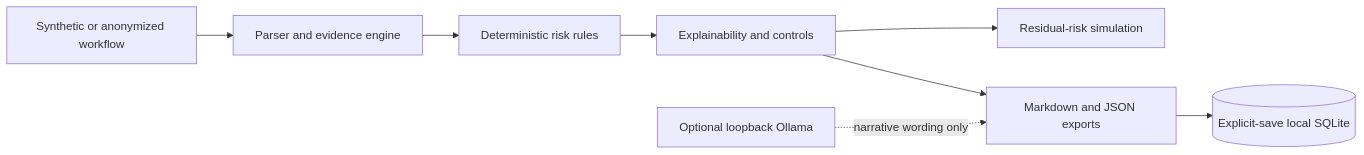
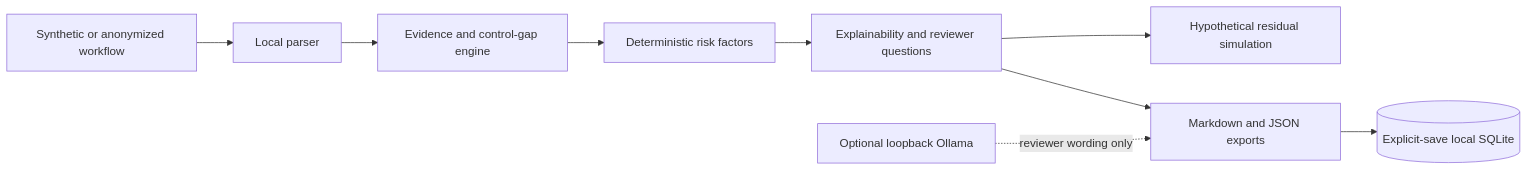
Before and after one commit to GhostInTheShell-444/ai-workflow-risk-auditor-pro-public: the diagram in README.md, drawn with Mermaid. The commit also changed other lines of this file and 66 other files, not shown here.

````diff
--- a/README.md
+++ b/README.md
@@ -152,10 +212,11 @@
 ```mermaid
 flowchart LR
-    A[Synthetic or anonymized workflow] --> B[Parser and evidence engine]
-    B --> C[Deterministic risk rules]
-    C --> D[Explainability and controls]
-    D --> E[Residual-risk simulation]
-    D --> F[Markdown and JSON exports]
-    F --> G[(Explicit-save local SQLite)]
-    H[Optional loopback Ollama] -. narrative wording only .-> F
+    A[Synthetic or anonymized workflow] --> B[Local parser]
+    B --> C[Evidence and control-gap engine]
+    C --> D[Deterministic risk factors]
+    D --> E[Explainability and reviewer questions]
+    E --> F[Hypothetical residual simulation]
+    E --> G[Markdown and JSON exports]
+    G --> H[(Explicit-save local SQLite)]
+    I[Optional loopback Ollama] -. reviewer wording only .-> G
 ```
````
